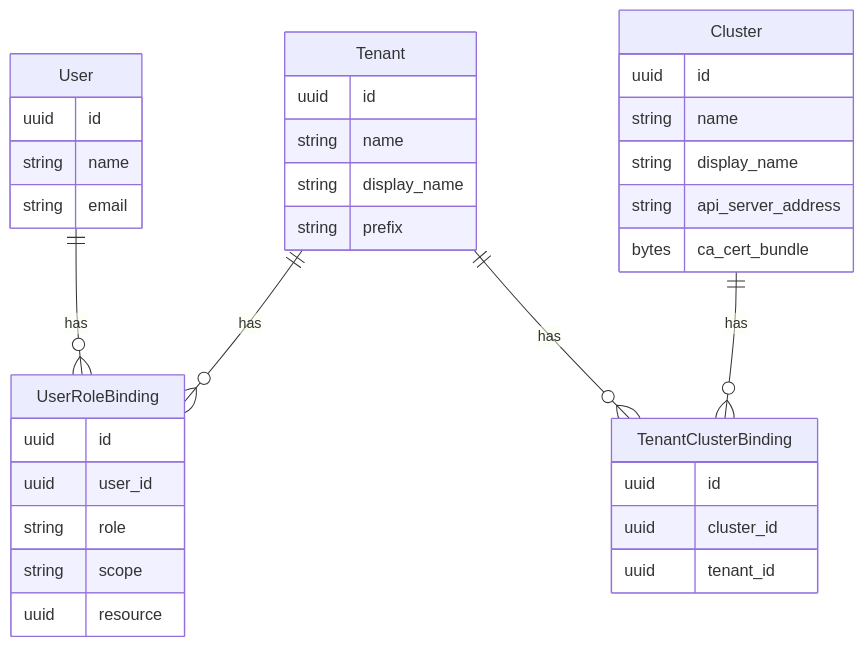
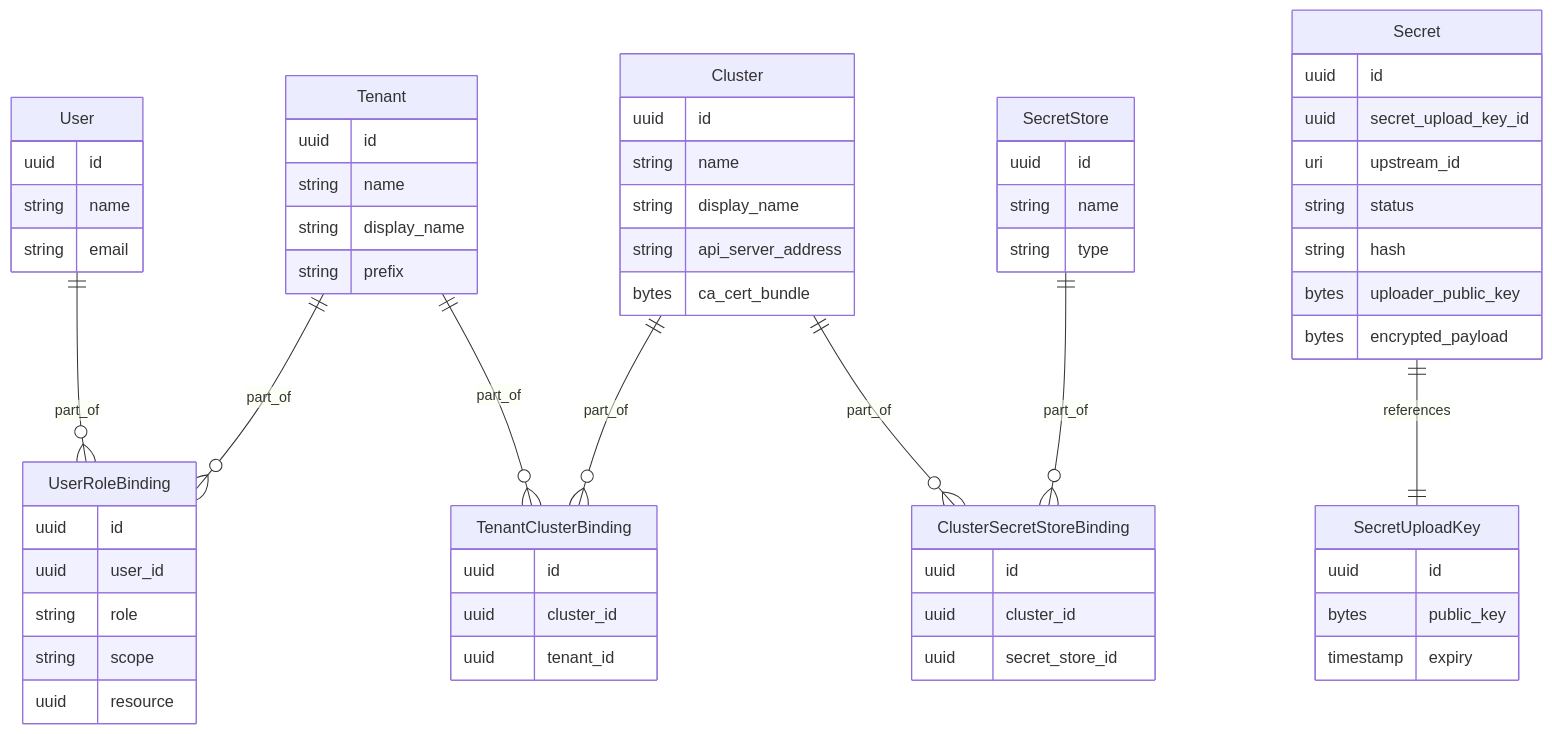
One commit to finleap-connect/monoskope changed the diagram in docs/concepts/data-model.md. Above: the diagram before and after it, drawn with Mermaid.

Commit message:
Add er for secret stuff

````diff
--- a/docs/concepts/data-model.md
+++ b/docs/concepts/data-model.md
@@ -3,44 +3,76 @@
 ```mermaid
 erDiagram
     User {
         uuid id
         string name
         string email
     }
 
     UserRoleBinding {
         uuid id
         uuid user_id
         string role
         string scope
         uuid resource
     }
 
     Cluster {
         uuid id
         string name
         string display_name
         string api_server_address
         bytes ca_cert_bundle
     }
 
     Tenant {
         uuid id
         string name
         string display_name
         string prefix
     }
 
     TenantClusterBinding {
         uuid id
         uuid cluster_id
         uuid tenant_id
     }
 
-    User ||--o{ UserRoleBinding : has
-    Tenant ||--o{ UserRoleBinding : has
+    ClusterSecretStoreBinding {
+        uuid id
+        uuid cluster_id
+        uuid secret_store_id
+    }
 
-    Tenant ||--o{ TenantClusterBinding : has
-    Cluster ||--o{ TenantClusterBinding : has
+    SecretStore {
+        uuid id
+        string name
+        string type
+    }
 
+    Secret {
+        uuid id
+        uuid secret_upload_key_id
+        uri upstream_id
+        string status
+        string hash
+        bytes uploader_public_key
+        bytes encrypted_payload
+    }
+
+    SecretUploadKey {
+       uuid id
+       bytes public_key
+       timestamp expiry
+    }
+
+    Secret ||--|| SecretUploadKey : references
+
+    User ||--o{ UserRoleBinding : part_of
+    Tenant ||--o{ UserRoleBinding : part_of
+
+    Tenant ||--o{ TenantClusterBinding : part_of
+    Cluster ||--o{ TenantClusterBinding : part_of
+
+    Cluster ||--o{ ClusterSecretStoreBinding : part_of
+    SecretStore ||--o{ ClusterSecretStoreBinding : part_of
 ```
````
